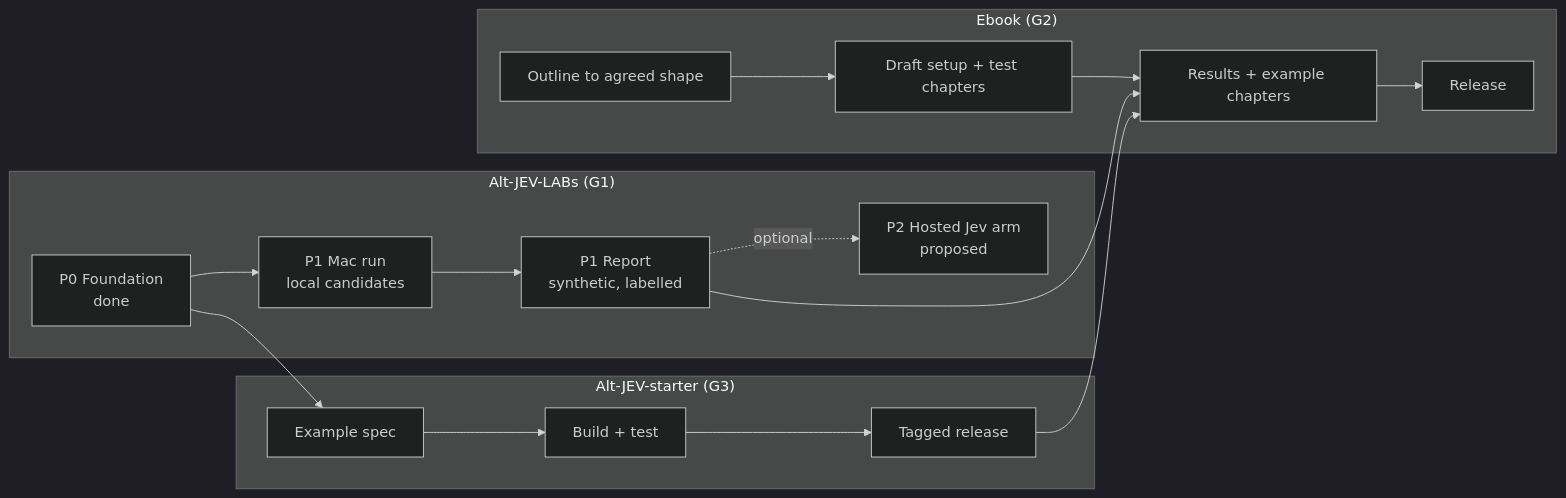
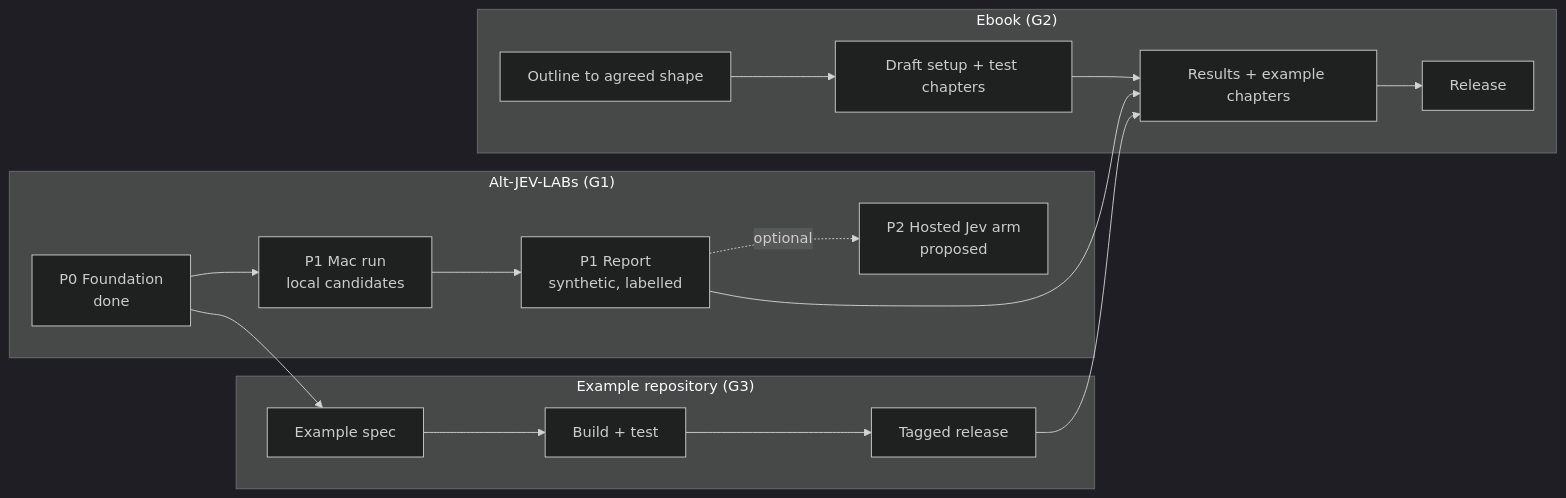
The diagram in docs/PLAN.md (lballaty/Alt-JEV-LABs), drawn with Mermaid (dark theme) before and after one commit. The commit also changed other lines of this file and 4 other files, not shown here.

````diff
--- a/docs/PLAN.md
+++ b/docs/PLAN.md
@@ -23,17 +25,17 @@
 ```mermaid
 flowchart LR
   subgraph LAB["Alt-JEV-LABs (G1)"]
     F[P0 Foundation<br/>done] --> M[P1 Mac run<br/>local candidates]
     M --> R[P1 Report<br/>synthetic, labelled]
     R -.optional.-> J[P2 Hosted Jev arm<br/>proposed]
   end
-  subgraph STARTER["Alt-JEV-starter (G3)"]
+  subgraph STARTER["Example repository (G3)"]
     S1[Example spec] --> S2[Build + test] --> S3[Tagged release]
   end
   subgraph BOOK["Ebook (G2)"]
     B1[Outline to agreed shape] --> B2[Draft setup + test chapters] --> B3[Results + example chapters] --> B4[Release]
   end
   F --> S1
   R --> B3
   S3 --> B3
 ```
````
